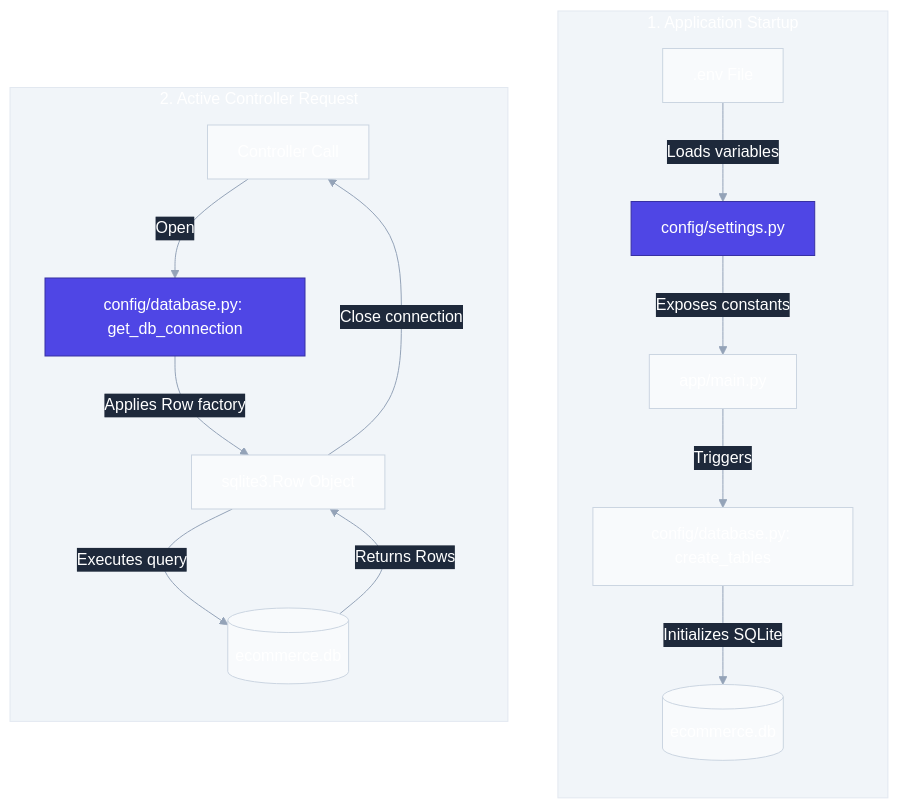
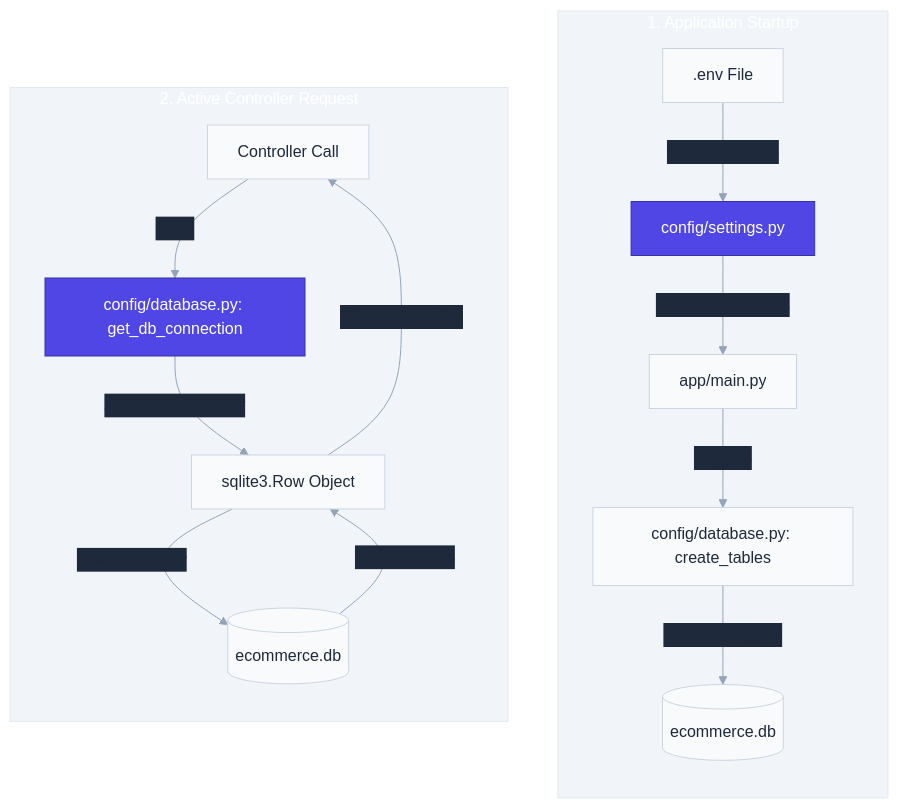
The diagram in app/config/README.md (nakul-cloud/ecommerce-api), drawn with Mermaid before and after one commit. The commit also changed 8 other files, not shown here.

Commit message:
docs: initialize project structure with comprehensive architectural documentation and workspace metadata

````diff
--- a/app/config/README.md
+++ b/app/config/README.md
@@ -22,23 +22,23 @@
 ```mermaid
-%%{init: {'theme': 'base', 'themeVariables': {'primaryColor': '#4f46e5', 'primaryTextColor': '#ffffff', 'primaryBorderColor': '#3730a3', 'lineColor': '#94a3b8', 'secondaryColor': '#10b981', 'tertiaryColor': '#f59e0b', 'background': '#ffffff', 'mainBkg': '#f8fafc', 'nodeBorder': '#cbd5e1', 'nodeTextColor': '#1e293b', 'textColor': '#ffffff', 'titleColor': '#ffffff', 'edgeLabelBackground': '#1e293b', 'clusterBkg': '#f1f5f9', 'clusterBorder': '#e2e8f0', 'textColor': '#334155'}}}%%
+%%{init: {'theme': 'base', 'themeVariables': {'primaryColor': '#4f46e5', 'primaryTextColor': '#1e293b', 'primaryBorderColor': '#3730a3', 'lineColor': '#94a3b8', 'secondaryColor': '#10b981', 'tertiaryColor': '#f59e0b', 'background': '#ffffff', 'mainBkg': '#f8fafc', 'nodeBorder': '#cbd5e1', 'nodeTextColor': '#1e293b', 'textColor': '#ffffff', 'titleColor': '#ffffff', 'edgeLabelBackground': '#1e293b', 'clusterBkg': '#f1f5f9', 'clusterBorder': '#e2e8f0'}}}%%
 flowchart TD
     subgraph StartupBoot [1. Application Startup]
         direction TB
         S1[.env File] -->|Loads variables| S2[config/settings.py]
         S2 -->|Exposes constants| S3[app/main.py]
         S3 -->|Triggers| S4[config/database.py: create_tables]
         S4 -->|Initializes SQLite| S5[(ecommerce.db)]
     end
 
     subgraph ConnectionReq [2. Active Controller Request]
         direction TB
         R1[Controller Call] -->|Open| R2[config/database.py: get_db_connection]
         R2 -->|Applies Row factory| R3[sqlite3.Row Object]
         R3 -->|Executes query| R4[(ecommerce.db)]
         R4 -->|Returns Rows| R3
         R3 -->|Close connection| R1
     end
     
     style S2 fill:#4f46e5,stroke:#3730a3,color:#ffffff
     style R2 fill:#4f46e5,stroke:#3730a3,color:#ffffff
 ```
````
